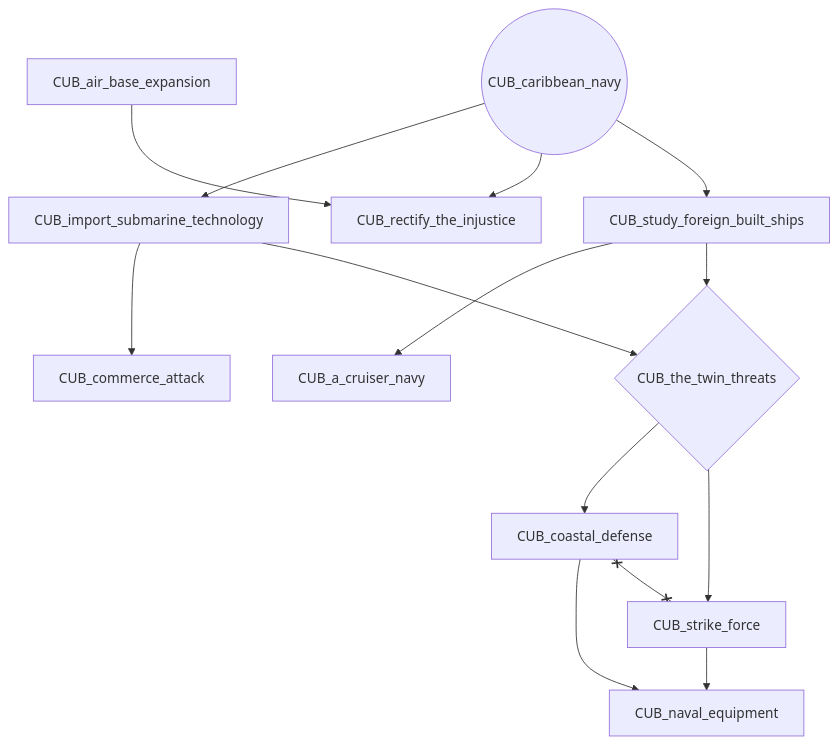
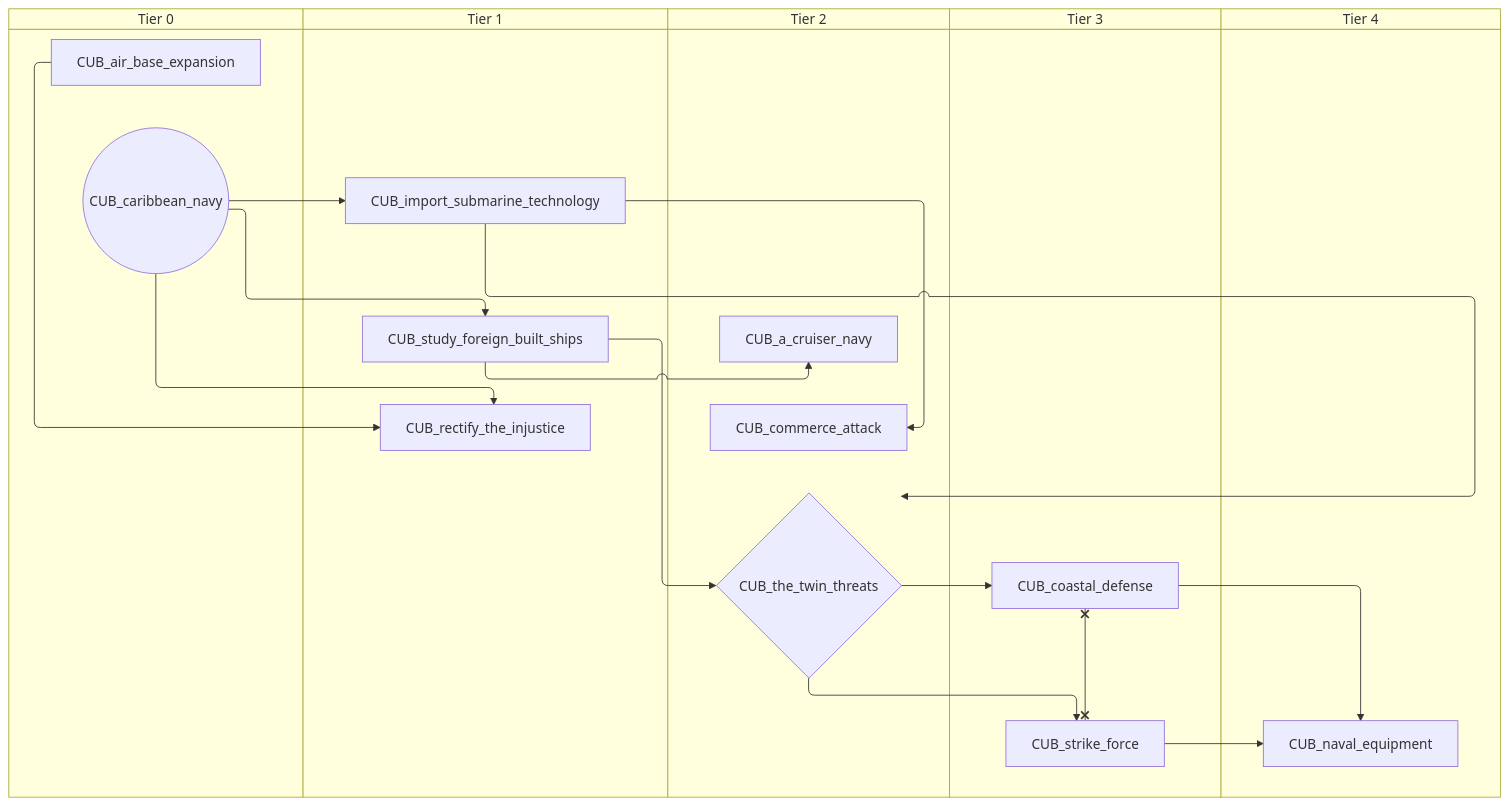
One commit to evgeny-sobol/hoi4-sandbox-mode-r56 changed the second of 5 diagrams in docs/gdd/National Focuses/r56/Cuba.md. Above: the diagram before and after it, drawn with Mermaid. The commit also changed other lines of this file and 423 other files, not shown here.

First line of the commit message:
Re-export Rt56 focus trees as swimlane diagrams

````diff
--- a/docs/gdd/National Focuses/r56/Cuba.md
+++ b/docs/gdd/National Focuses/r56/Cuba.md
@@ -35,27 +47,37 @@
 ```mermaid
-flowchart TD
-    n12["CUB_a_cruiser_navy"]
-    n1["CUB_air_base_expansion"]
-    n4(("CUB_caribbean_navy"))
-    n13["CUB_coastal_defense"]
-    n14["CUB_commerce_attack"]
-    n15["CUB_import_submarine_technology"]
-    n16["CUB_naval_equipment"]
-    n10["CUB_rectify_the_injustice"]
-    n17["CUB_strike_force"]
-    n18["CUB_study_foreign_built_ships"]
-    n19{"CUB_the_twin_threats"}
-    n18 --> n12
-    n19 --> n13
-    n15 --> n14
-    n4 --> n15
-    n17 --> n16
+swimlane-beta TD
+    subgraph tier_0["Tier 0"]
+        n1["CUB_air_base_expansion"]
+        n2(("CUB_caribbean_navy"))
+    end
+    subgraph tier_1["Tier 1"]
+        n12["CUB_import_submarine_technology"]
+        n5["CUB_rectify_the_injustice"]
+        n13["CUB_study_foreign_built_ships"]
+    end
+    subgraph tier_2["Tier 2"]
+        n14["CUB_a_cruiser_navy"]
+        n15["CUB_commerce_attack"]
+        n16{"CUB_the_twin_threats"}
+    end
+    subgraph tier_3["Tier 3"]
+        n17["CUB_coastal_defense"]
+        n18["CUB_strike_force"]
+    end
+    subgraph tier_4["Tier 4"]
+        n19["CUB_naval_equipment"]
+    end
+    n13 --> n14
+    n16 --> n17
+    n12 --> n15
+    n2 --> n12
+    n18 --> n19
+    n17 --> n19
+    n1 --> n5
+    n2 --> n5
+    n16 --> n18
+    n2 --> n13
+    n12 --> n16
     n13 --> n16
-    n1 --> n10
-    n4 --> n10
-    n19 --> n17
-    n4 --> n18
-    n15 --> n19
-    n18 --> n19
-    n13 x--x n17
+    n17 x--x n18
 ```
````
